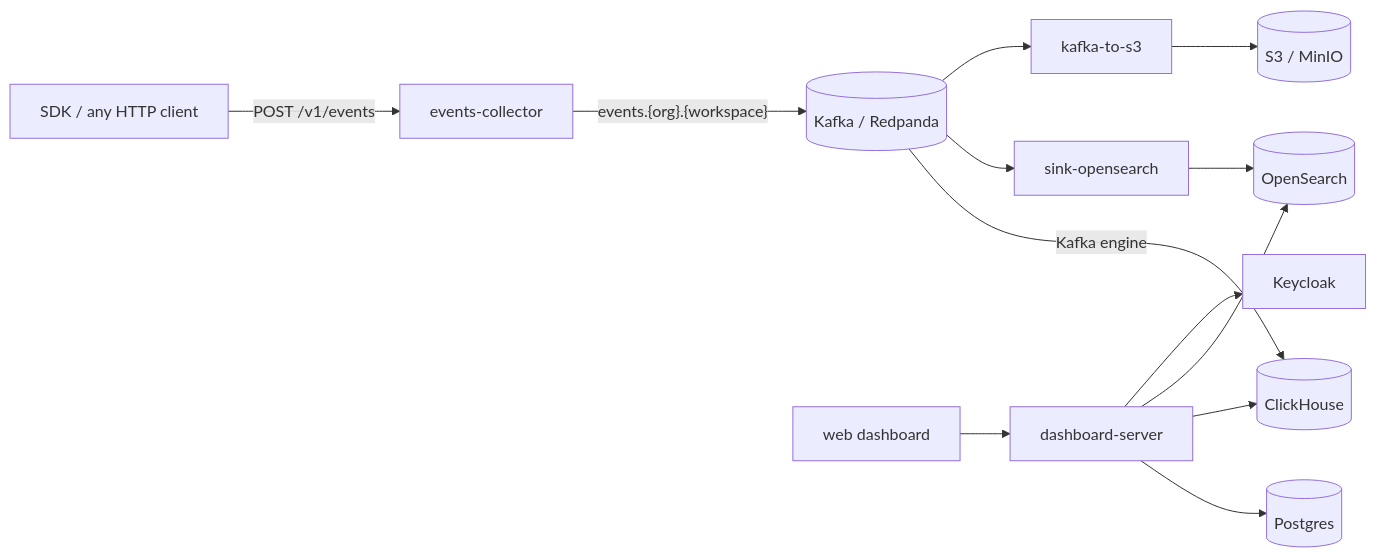
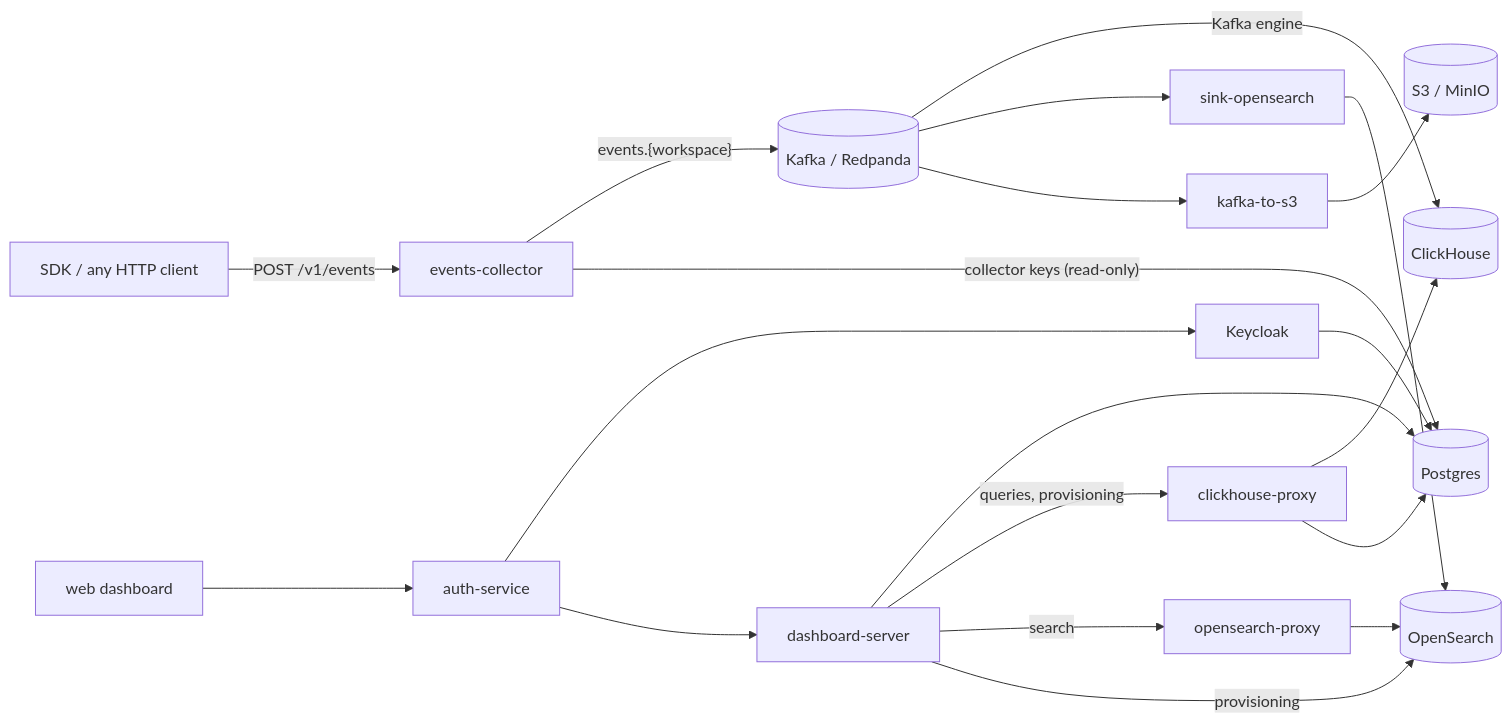
One commit to juspay/sudoquery changed the diagram in README.md. Above: the diagram before and after it, drawn with Mermaid. The commit also changed other lines of this file and 97 other files, not shown here.

Commit message:
moving opensearch, clickhouse into dedicated services, adding auth to events-collector

````diff
--- a/README.md
+++ b/README.md
@@ -22,13 +22,18 @@
 ```mermaid
 flowchart LR
     SDK["SDK / any HTTP client"] -->|POST /v1/events| C[events-collector]
-    C -->|"events.{org}.{workspace}"| K[(Kafka / Redpanda)]
+    C -->|"events.{workspace}"| K[(Kafka / Redpanda)]
     K -->|Kafka engine| CH[(ClickHouse)]
     K --> SO[sink-opensearch] --> OS[(OpenSearch)]
     K --> KS[kafka-to-s3] --> S3[(S3 / MinIO)]
-    UI[web dashboard] --> DS[dashboard-server]
-    DS --> PG[(Postgres)]
-    DS --> CH
-    DS --> OS
-    DS --> KC[Keycloak]
+    C -->|"collector keys (read-only)"| PG[(Postgres)]
+    UI[web dashboard] --> AUTH[auth-service]
+    AUTH --> KC[Keycloak]
+    KC --> PG
+    AUTH --> DS[dashboard-server]
+    DS --> PG
+    DS -->|queries, provisioning| CP[clickhouse-proxy] --> CH
+    CP --> PG
+    DS -->|search| OP[opensearch-proxy] --> OS
+    DS -->|provisioning| OS
 ```
````
